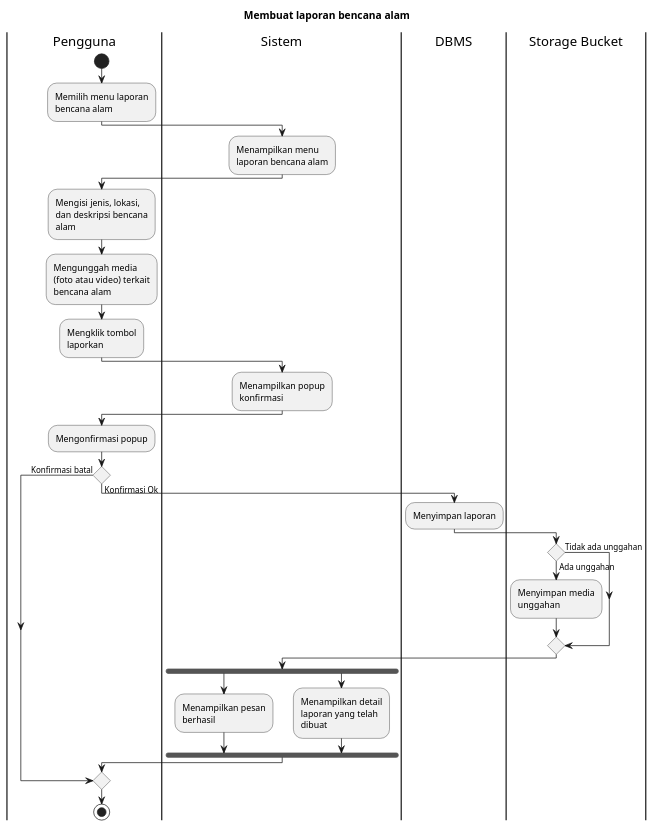
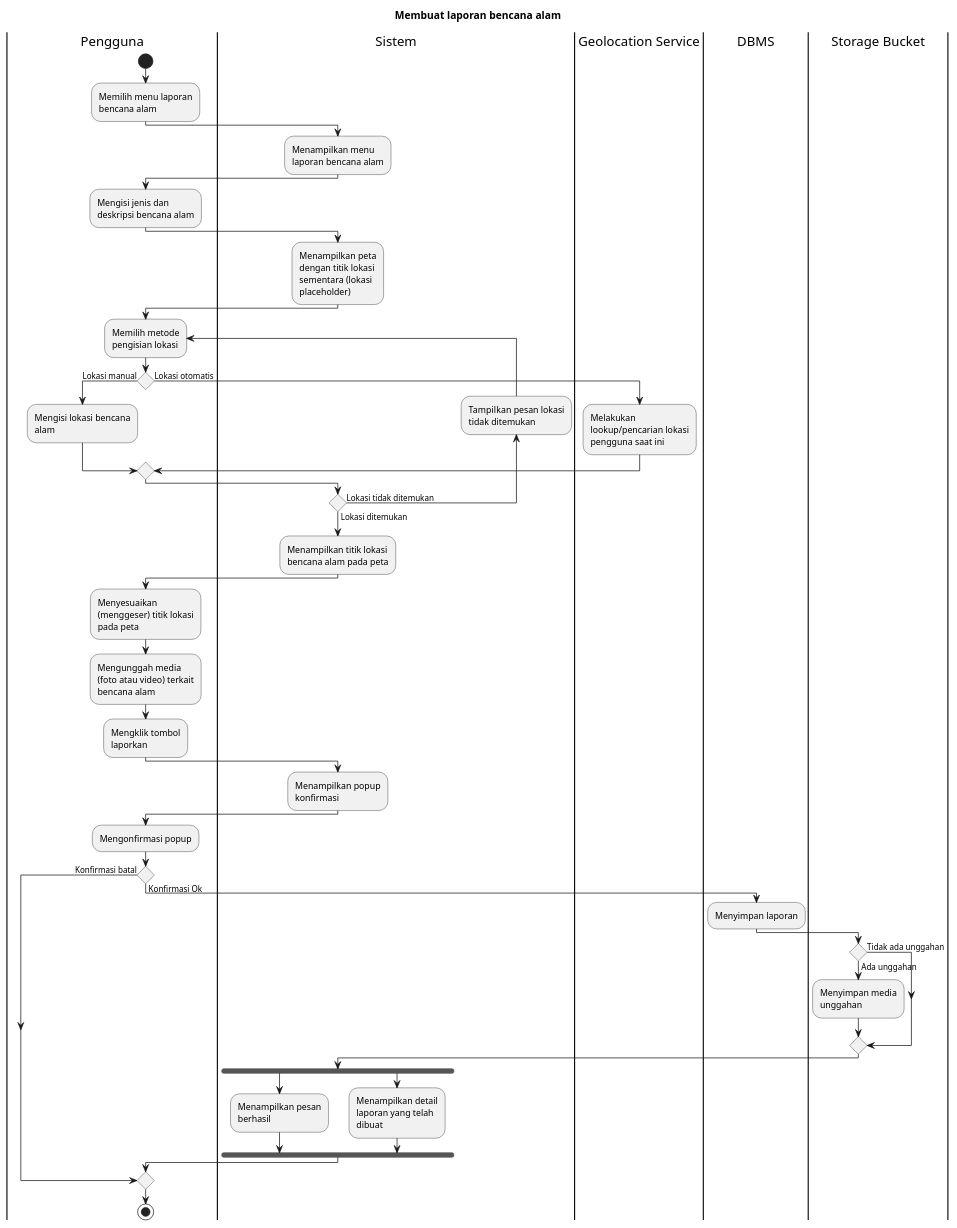
Before and after one commit to bagusNA/appl-diagrams: the diagram in Activity Diagrams/UC-MAP - Peta Bencana/UC-MAP-017 - Membuat laporan bencana alam.puml, drawn with PlantUML. The commit also changed 1 other file, not shown here.

Commit message:
feat: adjust user report activity diagram

```diff
--- a/Activity Diagrams/UC-MAP - Peta Bencana/UC-MAP-017 - Membuat laporan bencana alam.puml
+++ b/Activity Diagrams/UC-MAP - Peta Bencana/UC-MAP-017 - Membuat laporan bencana alam.puml
@@ -1,46 +1,72 @@
 @startuml UC-MAP-017 - Membuat laporan bencana alam
 skinparam wrapWidth 140
 
 title Membuat laporan bencana alam
  
 |Pengguna|
 start
 :Memilih menu laporan bencana alam;
 
 |Sistem|
 :Menampilkan menu laporan bencana alam;
 
 |Pengguna|
-:Mengisi jenis, lokasi, dan deskripsi bencana alam;
+:Mengisi jenis dan deskripsi bencana alam;
+
+|Sistem|
+:Menampilkan peta dengan titik lokasi sementara (lokasi placeholder);
+
+|Pengguna|
+repeat:Memilih metode pengisian lokasi;
+if () then (Lokasi manual)
+  |Pengguna|
+  :Mengisi lokasi bencana alam;
+ 
+else (Lokasi otomatis)
+  |Geolocation Service|
+  :Melakukan lookup/pencarian lokasi pengguna saat ini;
+endif
+
+|Sistem|
+backward:Tampilkan pesan lokasi tidak ditemukan;
+repeat while () is (Lokasi tidak ditemukan) not (Lokasi ditemukan)
+
+|Sistem|
+:Menampilkan titik lokasi bencana alam pada peta;
+
+|Pengguna|
+:Menyesuaikan (menggeser) titik lokasi pada peta;
+
+|Pengguna|
 :Mengunggah media (foto atau video) terkait bencana alam;
 :Mengklik tombol laporkan;
 
 |Sistem|
 :Menampilkan popup konfirmasi;
 
 |Pengguna|
 :Mengonfirmasi popup;
 
 if () then (Konfirmasi batal)
 else (Konfirmasi Ok)
   |DBMS|
   :Menyimpan laporan;
 
   |Storage Bucket|
   if () then (Tidak ada unggahan)
   else (Ada unggahan)
     :Menyimpan media unggahan;
   endif
 
   |Sistem|
   fork
     :Menampilkan pesan berhasil;
   fork again
     :Menampilkan detail laporan yang telah dibuat;
   endfork
 endif
 
 |Pengguna|
 stop
 
 @enduml
```
